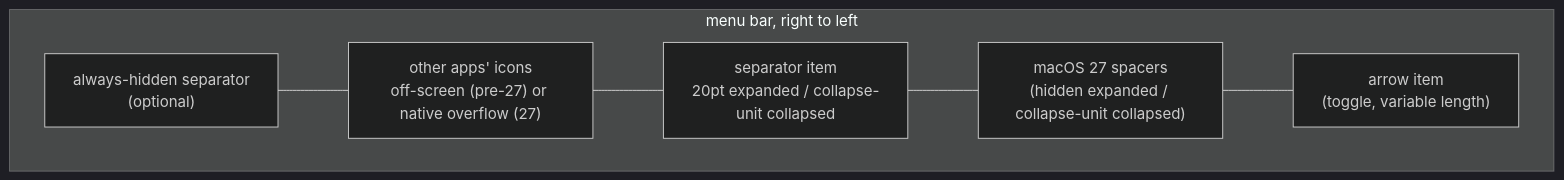
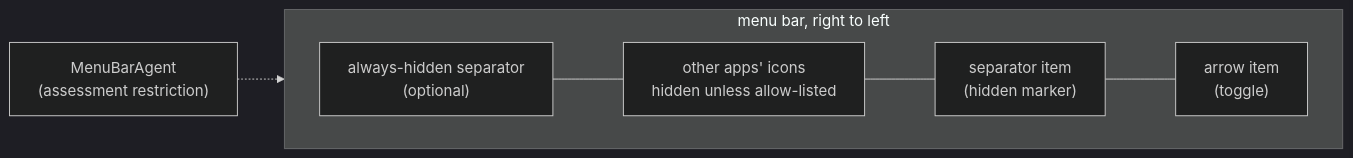
One commit to xvoland/hideout changed the first of 2 diagrams in docs/ARCHITECTURE.md. Above: the diagram before and after it, drawn with Mermaid (dark theme). The commit also changed other lines of this file, not shown here.

First line of the commit message:
Docs: ARCHITECTURE rewritten Native-only

````diff
--- a/docs/ARCHITECTURE.md
+++ b/docs/ARCHITECTURE.md
@@ -25,12 +17,12 @@
 ```mermaid
 flowchart LR
     subgraph menubar [menu bar, right to left]
         direction RL
-        ARROW["arrow item\n(toggle, variable length)"]
-        SPACERS["macOS 27 spacers\n(hidden expanded / collapse-unit collapsed)"]
-        SEP["separator item\n20pt expanded / collapse-unit collapsed"]
-        HIDDEN["other apps' icons\noff-screen (pre-27) or native overflow (27)"]
+        ARROW["arrow item\n(toggle)"]
+        SEP["separator item\n(hidden marker)"]
+        HIDDEN["other apps' icons\nhidden unless allow-listed"]
         ALWAYS["always-hidden separator\n(optional)"]
     end
-    ARROW --- SPACERS --- SEP --- HIDDEN --- ALWAYS
+    ARROW --- SEP --- HIDDEN --- ALWAYS
+    MBA["MenuBarAgent\n(assessment restriction)"] -.-> HIDDEN
 ```
````
